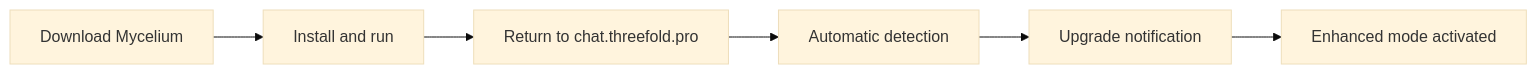
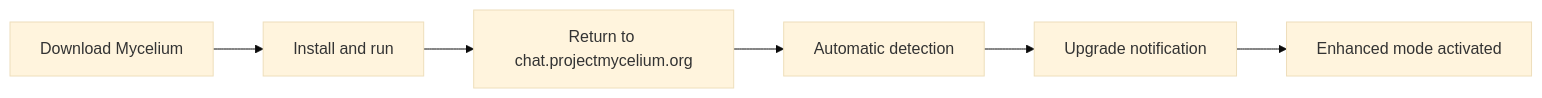
The fifth of 8 diagrams in docs/dev/archive/USER_EXPERIENCE.md (mik-tf/mycelium-matrix-chat), drawn with Mermaid (base theme) before and after one commit. The commit also changed other lines of this file and 13 other files, not shown here.

Commit message:
feat: Update domain references from chat.threefold.pro to chat.projectmycelium.org

````diff
--- a/docs/dev/archive/USER_EXPERIENCE.md
+++ b/docs/dev/archive/USER_EXPERIENCE.md
@@ -95,8 +95,8 @@
 ```mermaid
 graph LR
     A[Download Mycelium] --> B[Install and run]
-    B --> C[Return to chat.threefold.pro]
+    B --> C[Return to chat.projectmycelium.org]
     C --> D[Automatic detection]
     D --> E[Upgrade notification]
     E --> F[Enhanced mode activated]
 ```
````
